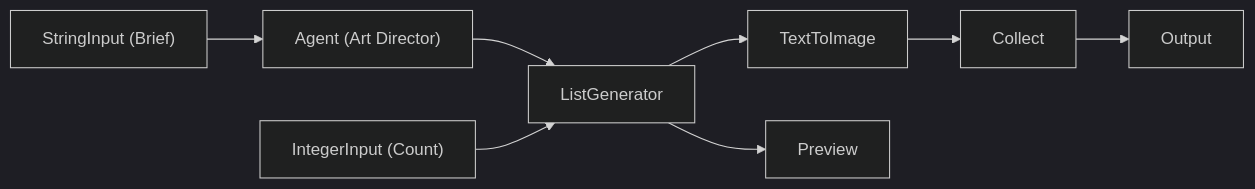
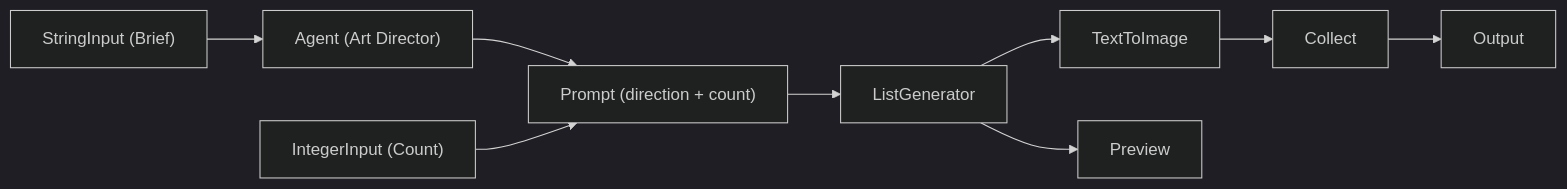
One commit to nodetool-ai/nodetool changed the sixth of 8 diagrams in docs/cookbook/patterns.md. Above: the diagram before and after it, drawn with Mermaid (dark theme). The commit also changed other lines of this file and 118 other files, not shown here.

```diff
--- a/docs/cookbook/patterns.md
+++ b/docs/cookbook/patterns.md
@@ -225,14 +241,15 @@
 {% mermaid %}
 graph LR
   brief["StringInput (Brief)"]
   count["IntegerInput (Count)"]
   direction["Agent (Art Director)"]
+  ask["Prompt (direction + count)"]
   prompts["ListGenerator"]
   image["TextToImage"]
   preview["Preview"]
   collect["Collect"]
   out["Output"]
-  brief --> direction --> prompts --> image --> collect --> out
-  count --> prompts
+  brief --> direction --> ask --> prompts --> image --> collect --> out
+  count --> ask
   prompts --> preview
 {% endmermaid %}
```
